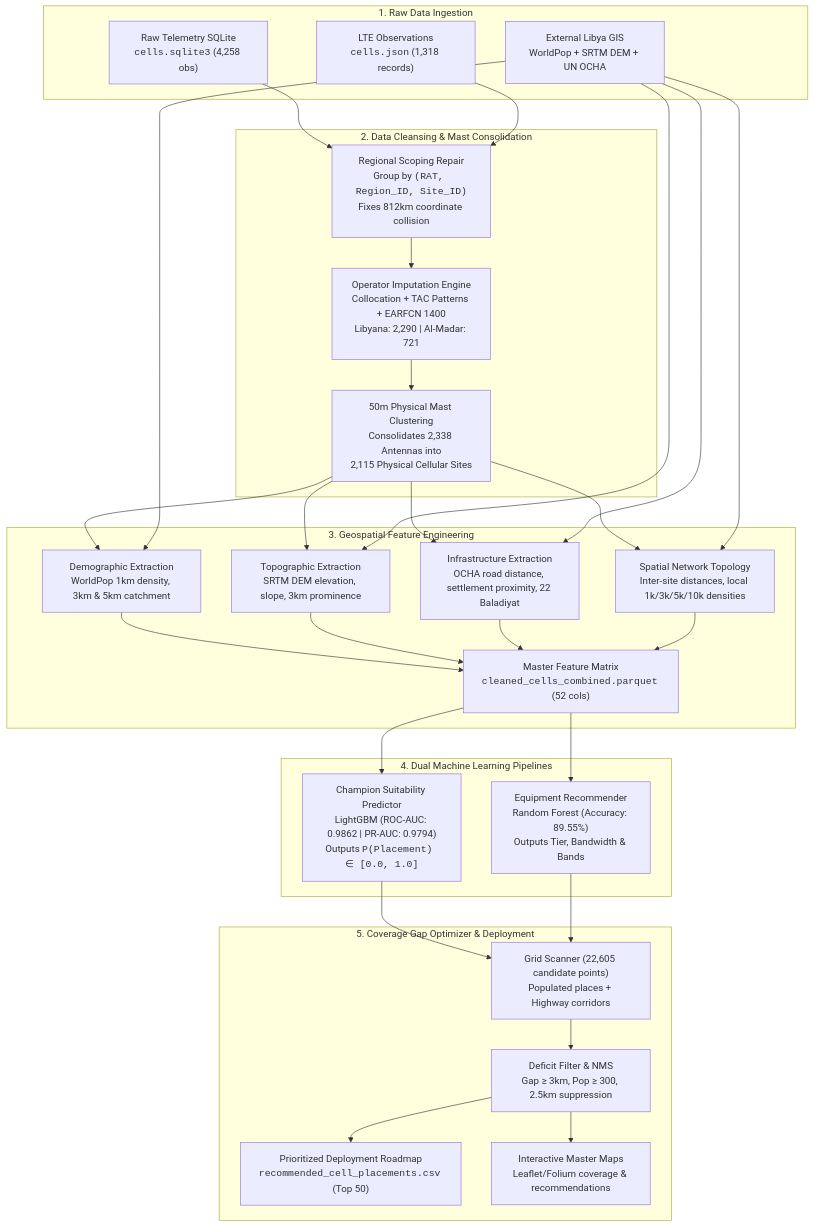
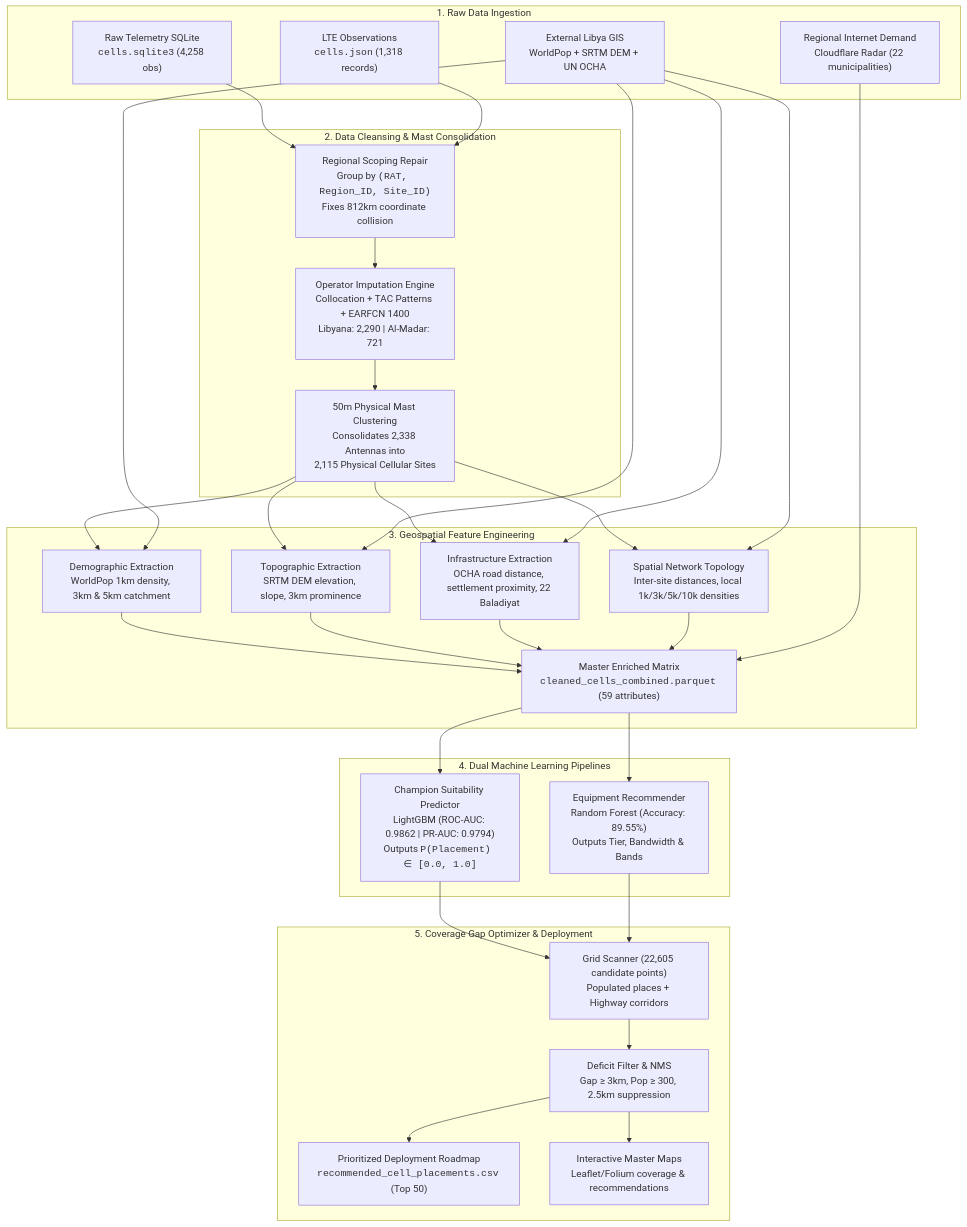
The diagram in antenna_cell_placement/TECHNICAL_REPORT.md (ItsSp00ky/LoopGain-Telecom-AI), drawn with Mermaid before and after one commit. The commit also changed other lines of this file and 41 other files, not shown here.

First line of the commit message:
feat: integrate regional demand and cell evidence

````diff
--- a/antenna_cell_placement/TECHNICAL_REPORT.md
+++ b/antenna_cell_placement/TECHNICAL_REPORT.md
@@ -51,39 +52,41 @@
 ```mermaid
 flowchart TD
     subgraph S1["1. Raw Data Ingestion"]
         A1["Raw Telemetry SQLite<br><code>cells.sqlite3</code> (4,258 obs)"]
         A2["LTE Observations<br><code>cells.json</code> (1,318 records)"]
         A3["External Libya GIS<br>WorldPop + SRTM DEM + UN OCHA"]
+        A4["Regional Internet Demand<br>Cloudflare Radar (22 municipalities)"]
     end
 
     subgraph S2["2. Data Cleansing & Mast Consolidation"]
         B1["Regional Scoping Repair<br>Group by <code>(RAT, Region_ID, Site_ID)</code><br>Fixes 812km coordinate collision"]
         B2["Operator Imputation Engine<br>Collocation + TAC Patterns + EARFCN 1400<br>Libyana: 2,290 | Al-Madar: 721"]
         B3["50m Physical Mast Clustering<br>Consolidates 2,338 Antennas into<br>2,115 Physical Cellular Sites"]
     end
 
     subgraph S3["3. Geospatial Feature Engineering"]
         C1["Demographic Extraction<br>WorldPop 1km density, 3km & 5km catchment"]
         C2["Topographic Extraction<br>SRTM DEM elevation, slope, 3km prominence"]
         C3["Infrastructure Extraction<br>OCHA road distance, settlement proximity, 22 Baladiyat"]
         C4["Spatial Network Topology<br>Inter-site distances, local 1k/3k/5k/10k densities"]
-        C5["Master Feature Matrix<br><code>cleaned_cells_combined.parquet</code> (52 cols)"]
+        C5["Master Enriched Matrix<br><code>cleaned_cells_combined.parquet</code> (59 attributes)"]
     end
 
     subgraph S4["4. Dual Machine Learning Pipelines"]
         D1["Champion Suitability Predictor<br>LightGBM (ROC-AUC: 0.9862 | PR-AUC: 0.9794)<br>Outputs <code>P(Placement) ∈ [0.0, 1.0]</code>"]
         D2["Equipment Recommender<br>Random Forest (Accuracy: 89.55%)<br>Outputs Tier, Bandwidth & Bands"]
     end
 
     subgraph S5["5. Coverage Gap Optimizer & Deployment"]
         E1["Grid Scanner (22,605 candidate points)<br>Populated places + Highway corridors"]
         E2["Deficit Filter & NMS<br>Gap ≥ 3km, Pop ≥ 300, 2.5km suppression"]
         E3["Prioritized Deployment Roadmap<br><code>recommended_cell_placements.csv</code> (Top 50)"]
         E4["Interactive Master Maps<br>Leaflet/Folium coverage & recommendations"]
     end
 
     A1 & A2 --> B1 --> B2 --> B3
     B3 & A3 --> C1 & C2 & C3 & C4 --> C5
+    A4 --> C5
     C5 --> D1 & D2
     D1 & D2 --> E1 --> E2 --> E3 & E4
 ```
````
